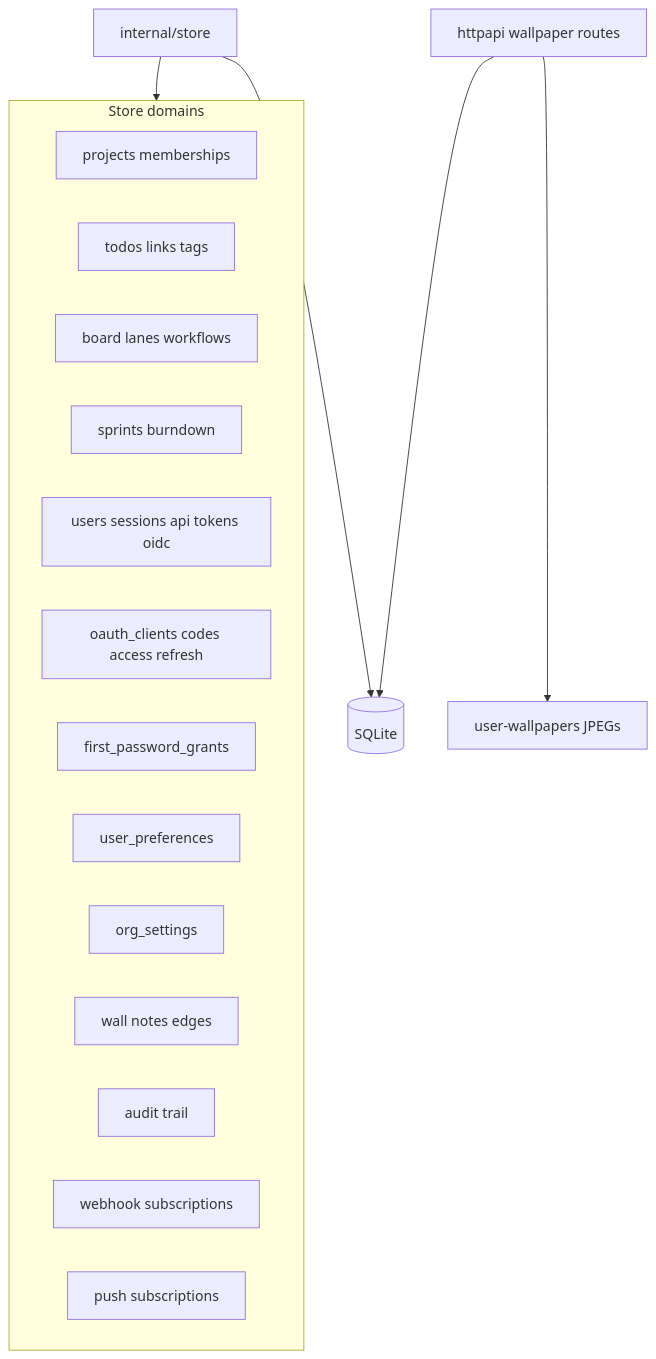
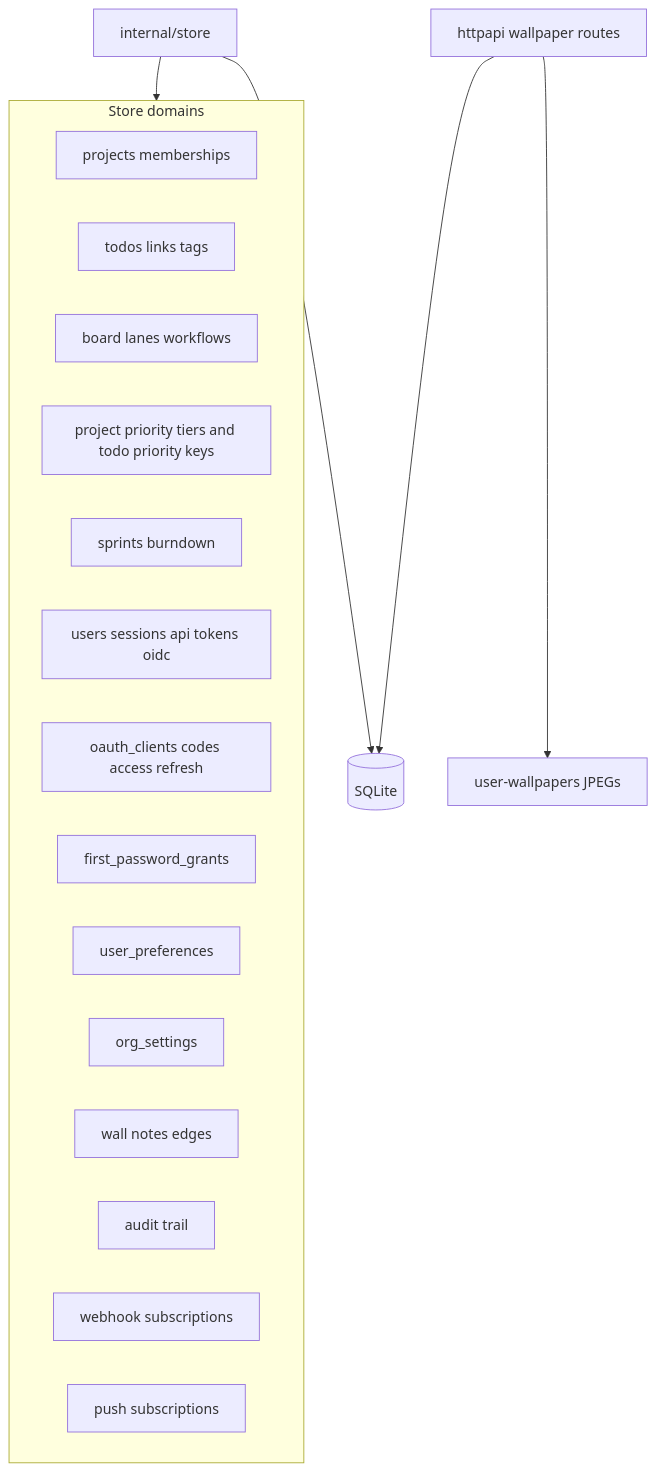
The first of 2 diagrams in docs/diagrams/scrumboy_data_model.md (1269/scrumboy), drawn with Mermaid before and after one commit. The commit also changed other lines of this file and 134 other files, not shown here.

First line of the commit message:
Add customizable per-board priority tiers for todos (#216)

````diff
--- a/docs/diagrams/scrumboy_data_model.md
+++ b/docs/diagrams/scrumboy_data_model.md
@@ -5,28 +5,29 @@
 ```mermaid
 flowchart TB
   SQL[(SQLite)]
   Files["user-wallpapers JPEGs"]
   Store[internal/store]
   HTTP[httpapi wallpaper routes]
 
   subgraph domains [Store domains]
     Proj[projects memberships]
     Todo[todos links tags]
     Board[board lanes workflows]
+    Priority[project priority tiers and todo priority keys]
     Sprint[sprints burndown]
     AuthDom[users sessions api tokens oidc]
     OAuthDom[oauth_clients codes access refresh]
     FirstPwd[first_password_grants]
     Prefs[user_preferences]
     OrgSet[org_settings]
     WallDom[wall notes edges]
     Audit[audit trail]
     WHook[webhook subscriptions]
     PushDom[push subscriptions]
   end
 
   Store --> SQL
   Store --> domains
   HTTP --> Files
   HTTP --> SQL
 ```
````
